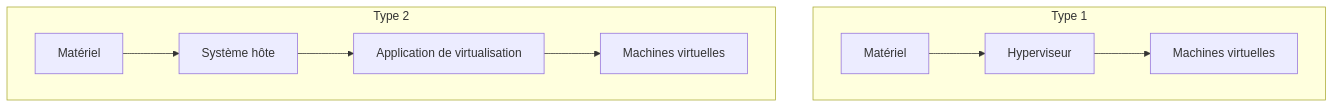
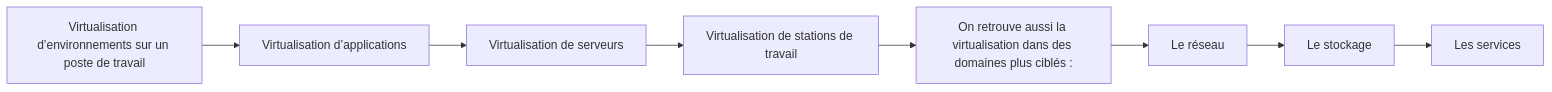
Before and after one commit to sk34pk25/tssr-cours: the second of 4 diagrams in docs/modules/13-virtualisation-serveurs/module-01.md, drawn with Mermaid. The commit also changed other lines of this file and 7 other files, not shown here.

First line of the commit message:
Reprendre la virtualisation de serveurs dans l’onglet pédagogique.

````diff
--- a/docs/modules/13-virtualisation-serveurs/module-01.md
+++ b/docs/modules/13-virtualisation-serveurs/module-01.md
@@ -35,9 +108,18 @@
 ```mermaid
-flowchart TB
-    subgraph A["Type 1"]
-        M1["Matériel"] --> H1["Hyperviseur"] --> V1["Machines virtuelles"]
-    end
-    subgraph B["Type 2"]
-        M2["Matériel"] --> O2["Système hôte"] --> H2["Application de virtualisation"] --> V2["Machines virtuelles"]
-    end
+flowchart LR
+    N1["Virtualisation d’environnements sur un poste de travail"]
+    N2["Virtualisation d’applications"]
+    N3["Virtualisation de serveurs"]
+    N4["Virtualisation de stations de travail"]
+    N5["On retrouve aussi la virtualisation dans des domaines plus ciblés :"]
+    N6["Le réseau"]
+    N7["Le stockage"]
+    N8["Les services"]
+    N1 --> N2
+    N2 --> N3
+    N3 --> N4
+    N4 --> N5
+    N5 --> N6
+    N6 --> N7
+    N7 --> N8
 ```
````
